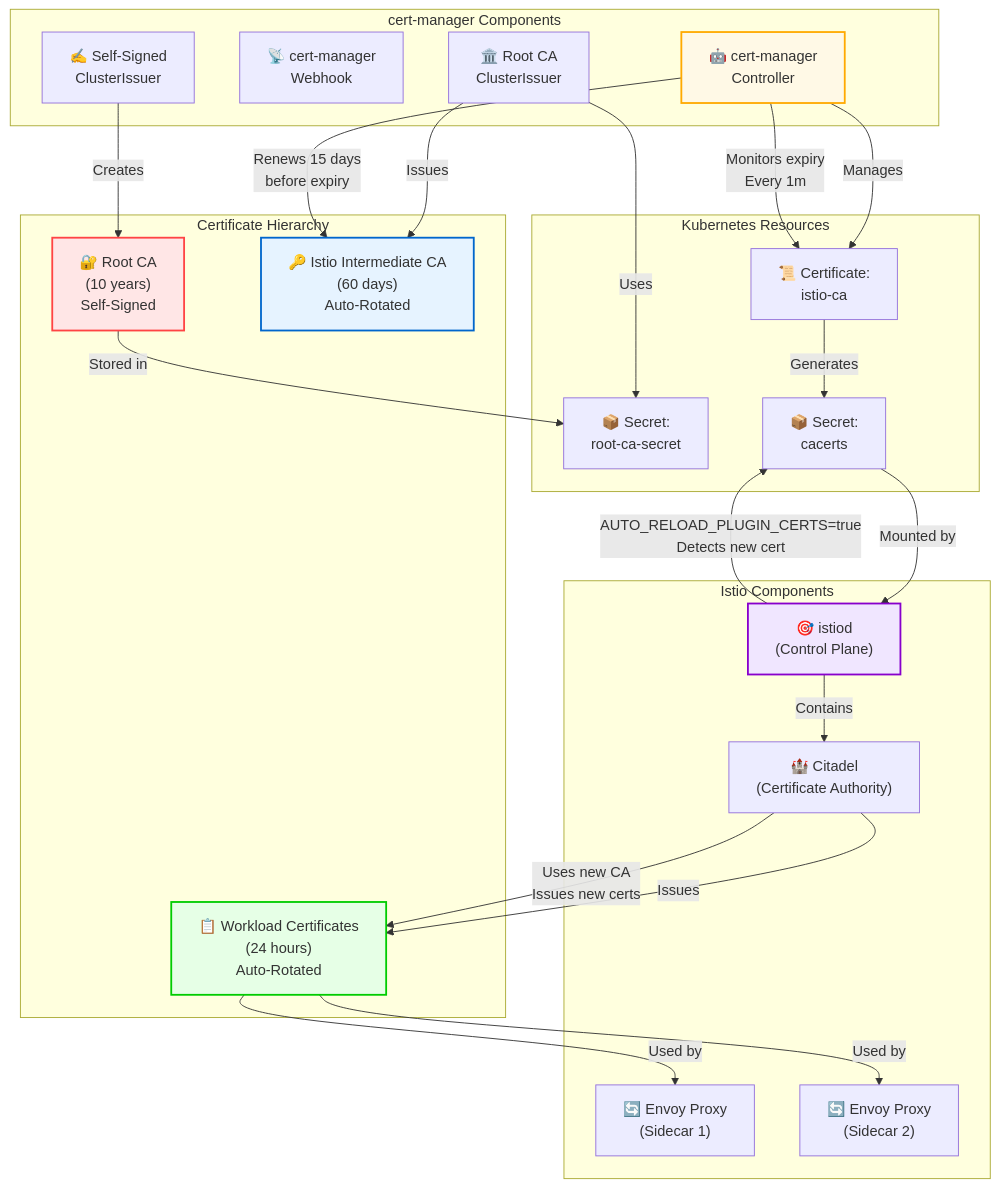
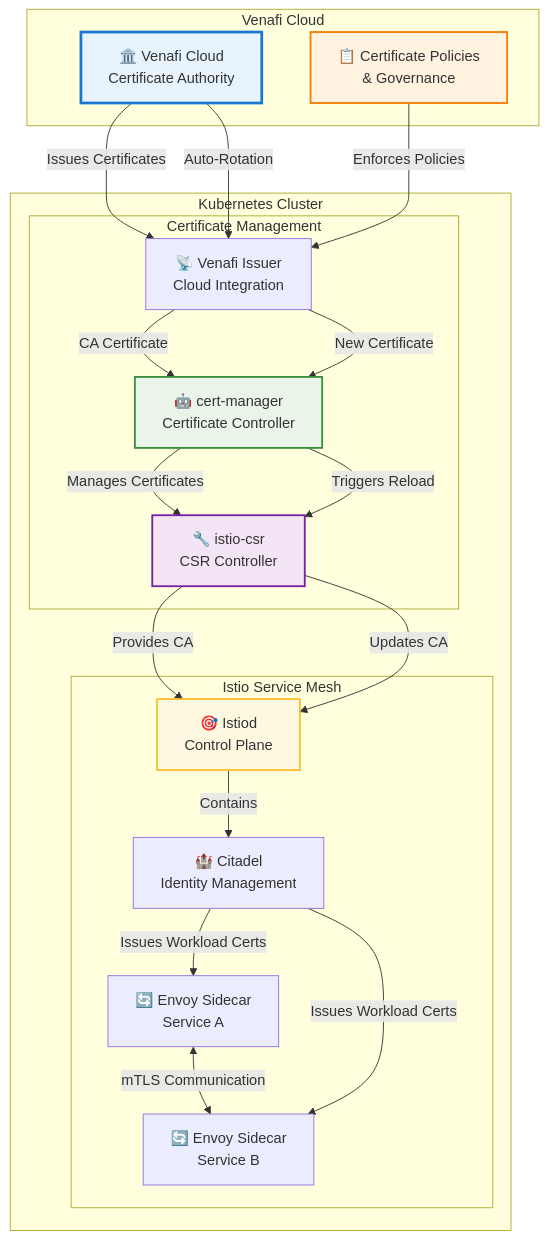
One commit to tetratelabs/venafi-demo changed the first of 2 diagrams in README.md. Above: the diagram before and after it, drawn with Mermaid. The commit also changed other lines of this file and 5 other files, not shown here.

First line of the commit message:
Integrate Venafi Cloud with Istio and update docs

````diff
--- a/README.md
+++ b/README.md
@@ -97,53 +48,45 @@
 ```mermaid
-graph TB
-    subgraph "Certificate Hierarchy"
-        RootCA["🔐 Root CA<br/>(10 years)<br/>Self-Signed"]
-        IstioCA["🔑 Istio Intermediate CA<br/>(60 days)<br/>Auto-Rotated"]
-        WorkloadCert["📋 Workload Certificates<br/>(24 hours)<br/>Auto-Rotated"]
+graph TD
+    subgraph "Venafi Cloud"
+        VC["🏛️ Venafi Cloud<br/>Certificate Authority"]
+        VCP["📋 Certificate Policies<br/>& Governance"]
     end
-
-    subgraph "cert-manager Components"
-        CM["🤖 cert-manager<br/>Controller"]
-        CMWebhook["📡 cert-manager<br/>Webhook"]
-        SelfSignedIssuer["✍️ Self-Signed<br/>ClusterIssuer"]
-        RootCAIssuer["🏛️ Root CA<br/>ClusterIssuer"]
+    
+    subgraph "Kubernetes Cluster"
+        subgraph "Certificate Management"
+            CM["🤖 cert-manager<br/>Certificate Controller"]
+            ICR["🔧 istio-csr<br/>CSR Controller"]
+            VI["📡 Venafi Issuer<br/>Cloud Integration"]
+        end
+        
+        subgraph "Istio Service Mesh"
+            Istiod["🎯 Istiod<br/>Control Plane"]
+            Citadel["🏰 Citadel<br/>Identity Management"]
+            Proxy1["🔄 Envoy Sidecar<br/>Service A"]
+            Proxy2["🔄 Envoy Sidecar<br/>Service B"]
+        end
     end
-
-    subgraph "Istio Components"
-        Istiod["🎯 istiod<br/>(Control Plane)"]
-        Citadel["🏰 Citadel<br/>(Certificate Authority)"]
-        Proxy1["🔄 Envoy Proxy<br/>(Sidecar 1)"]
-        Proxy2["🔄 Envoy Proxy<br/>(Sidecar 2)"]
-    end
-
-    subgraph "Kubernetes Resources"
-        RootSecret["📦 Secret:<br/>root-ca-secret"]
-        IstioSecret["📦 Secret:<br/>cacerts"]
-        CertResource["📜 Certificate:<br/>istio-ca"]
-    end
-
+    
     %% Certificate Flow
-    SelfSignedIssuer -->|Creates| RootCA
-    RootCA -->|Stored in| RootSecret
-    RootCAIssuer -->|Uses| RootSecret
-    RootCAIssuer -->|Issues| IstioCA
-    CM -->|Manages| CertResource
-    CertResource -->|Generates| IstioSecret
-    IstioSecret -->|Mounted by| Istiod
+    VC -->|Issues Certificates| VI
+    VCP -->|Enforces Policies| VI
+    VI -->|CA Certificate| CM
+    CM -->|Manages Certificates| ICR
+    ICR -->|Provides CA| Istiod
     Istiod -->|Contains| Citadel
-    Citadel -->|Issues| WorkloadCert
-    WorkloadCert -->|Used by| Proxy1
-    WorkloadCert -->|Used by| Proxy2
-
+    Citadel -->|Issues Workload Certs| Proxy1
+    Citadel -->|Issues Workload Certs| Proxy2
+    Proxy1 <-->|mTLS Communication| Proxy2
+    
     %% Rotation Flow
-    CM -->|Monitors expiry<br/>Every 1m| CertResource
-    CM -->|Renews 15 days<br/>before expiry| IstioCA
-    Istiod -->|AUTO_RELOAD_PLUGIN_CERTS=true<br/>Detects new cert| IstioSecret
-    Citadel -->|Uses new CA<br/>Issues new certs| WorkloadCert
-
-    style RootCA fill:#ffe6e6,stroke:#ff4444,stroke-width:2px
-    style IstioCA fill:#e6f3ff,stroke:#0066cc,stroke-width:2px
-    style WorkloadCert fill:#e6ffe6,stroke:#00cc00,stroke-width:2px
-    style CM fill:#fff9e6,stroke:#ffaa00,stroke-width:2px
-    style Istiod fill:#f0e6ff,stroke:#8800cc,stroke-width:2px
+    VC -->|Auto-Rotation| VI
+    VI -->|New Certificate| CM
+    CM -->|Triggers Reload| ICR
+    ICR -->|Updates CA| Istiod
+    
+    style VC fill:#e8f4fd,stroke:#1976d2,stroke-width:3px
+    style VCP fill:#fff3e0,stroke:#f57c00,stroke-width:2px
+    style CM fill:#e8f5e8,stroke:#388e3c,stroke-width:2px
+    style ICR fill:#f3e5f5,stroke:#7b1fa2,stroke-width:2px
+    style Istiod fill:#fff8e1,stroke:#fbc02d,stroke-width:2px
 ```
````
